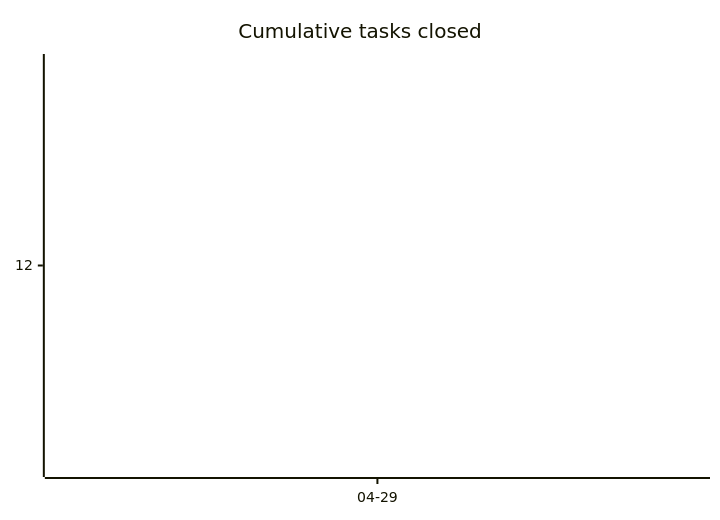
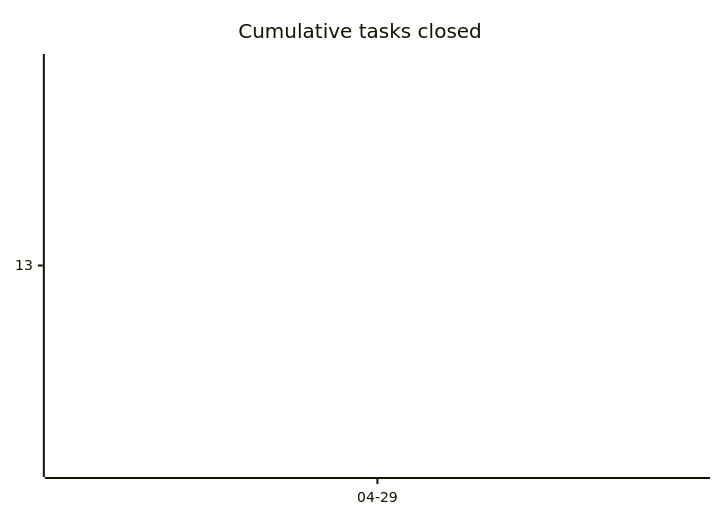
Before and after one commit to tgd1975/AwesomeStudioPedal: the first of 3 diagrams in docs/developers/tasks/OVERVIEW.md, drawn with Mermaid. The commit also changed other lines of this file and 5 other files, not shown here.

````diff
--- a/docs/developers/tasks/OVERVIEW.md
+++ b/docs/developers/tasks/OVERVIEW.md
@@ -20,6 +20,6 @@
 ```mermaid
 xychart-beta
     title "Cumulative tasks closed"
     x-axis ["04-29"]
-    line [12]
+    line [13]
 ```
````
